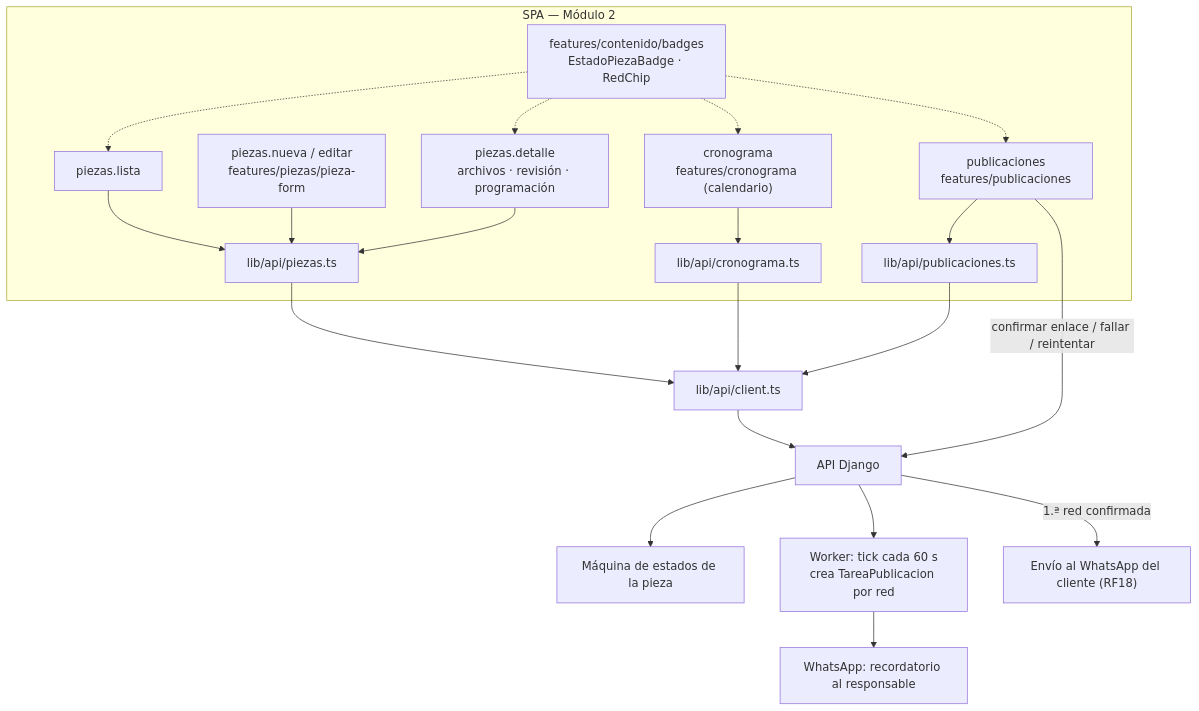
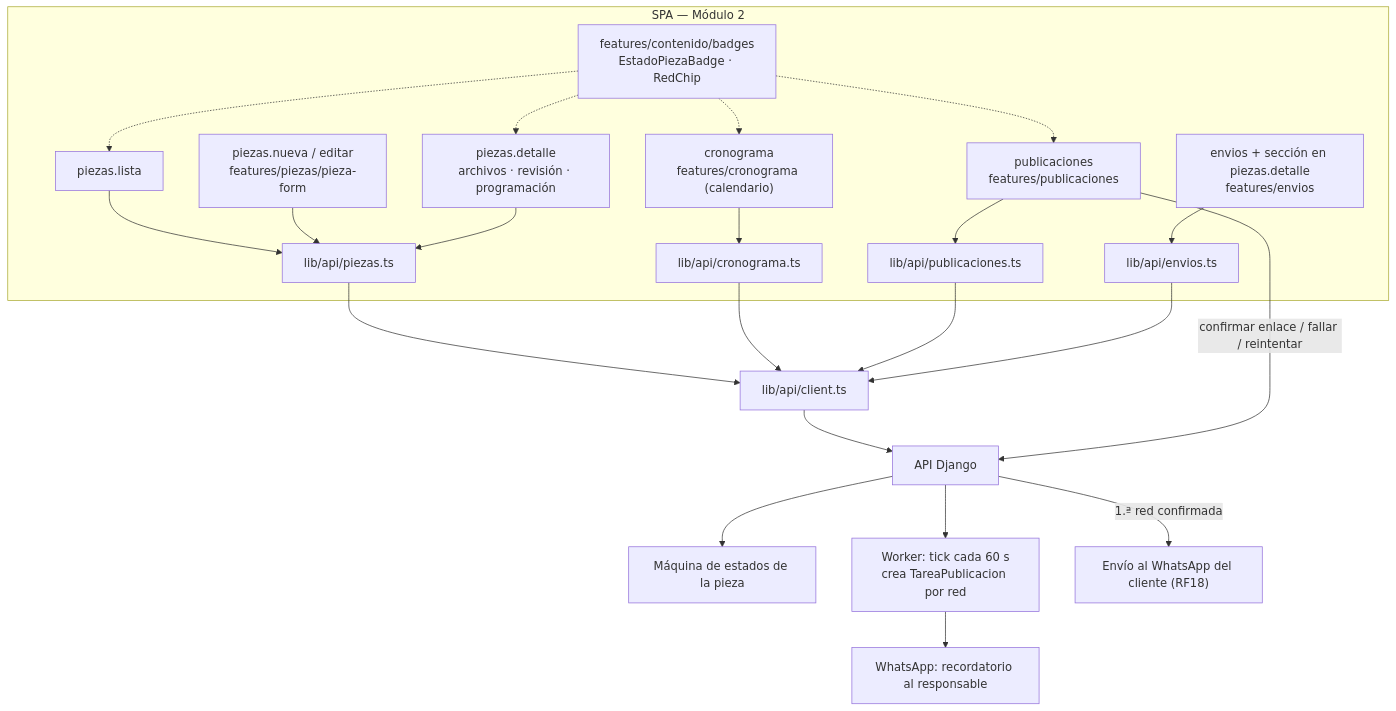
Before and after one commit to a-cubica-r/ACA-0002-MIBERS_MEDIA_PROJECT-FND: the diagram in docs/modulos/modulo-2.md, drawn with Mermaid. The commit also changed other lines of this file and 21 other files, not shown here.

````diff
--- a/docs/modulos/modulo-2.md
+++ b/docs/modulos/modulo-2.md
@@ -32,17 +33,18 @@
 ```mermaid
 flowchart TB
   subgraph SPA["SPA — Módulo 2"]
     PL["piezas.lista"] --> PA["lib/api/piezas.ts"]
     PF["piezas.nueva / editar<br/>features/piezas/pieza-form"] --> PA
     PD["piezas.detalle<br/>archivos · revisión · programación"] --> PA
     CR["cronograma<br/>features/cronograma (calendario)"] --> CA["lib/api/cronograma.ts"]
     PU["publicaciones<br/>features/publicaciones"] --> UA["lib/api/publicaciones.ts"]
+    EN["envios + sección en piezas.detalle<br/>features/envios"] --> EA["lib/api/envios.ts"]
     B["features/contenido/badges<br/>EstadoPiezaBadge · RedChip"] -.-> PL & PD & CR & PU
   end
-  PA & CA & UA --> C["lib/api/client.ts"] --> API["API Django"]
+  PA & CA & UA & EA --> C["lib/api/client.ts"] --> API["API Django"]
   API --> SM["Máquina de estados de la pieza"]
   API --> W["Worker: tick cada 60 s<br/>crea TareaPublicacion por red"]
   W --> WA["WhatsApp: recordatorio al responsable"]
   PU -- "confirmar enlace / fallar / reintentar" --> API
   API -- "1.ª red confirmada" --> ENV["Envío al WhatsApp del cliente (RF18)"]
 ```
````
